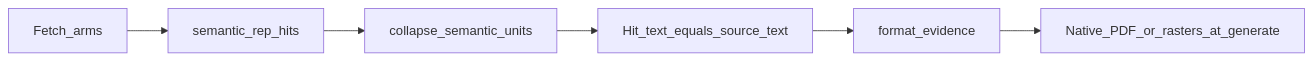
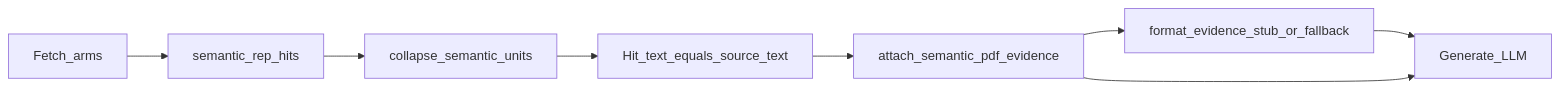
The third of 4 diagrams in docs/architecture/04-retrieval.md (raghuram-chittibomma/ai-repair-assistant), drawn with Mermaid before and after one commit. The commit also changed other lines of this file and 22 other files, not shown here.

First line of the commit message:
Make semantic generate PDF-primary with stub evidence packs (ADR-0051).

````diff
--- a/docs/architecture/04-retrieval.md
+++ b/docs/architecture/04-retrieval.md
@@ -86,15 +89,18 @@
 ```mermaid
 flowchart LR
   arms[Fetch_arms]
   reps[semantic_rep_hits]
   collapse[collapse_semantic_units]
   text[Hit_text_equals_source_text]
-  pack[format_evidence]
-  pdf[Native_PDF_or_rasters_at_generate]
+  attach[attach_semantic_pdf_evidence]
+  pack[format_evidence_stub_or_fallback]
+  gen[Generate_LLM]
 
   arms --> reps
   reps --> collapse
   collapse --> text
-  text --> pack
-  pack --> pdf
+  text --> attach
+  attach --> pack
+  pack --> gen
+  attach --> gen
 ```
````
